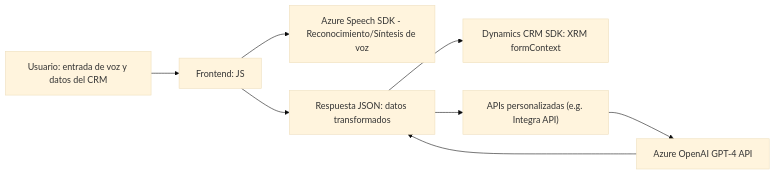
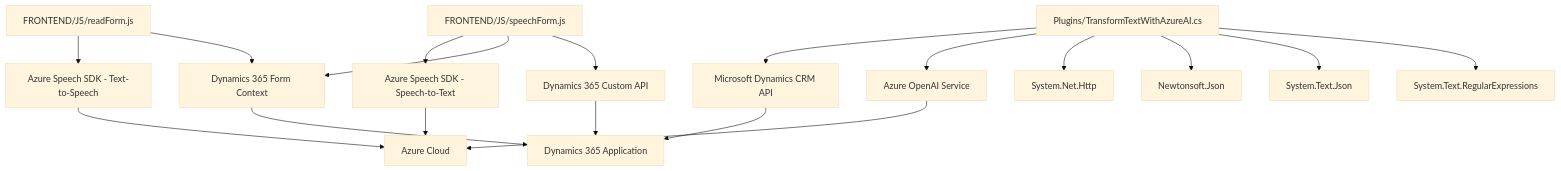
One commit to blopezdm/NETCORE_BILBAO2025 changed the diagram in README.md. Above: the diagram before and after it, drawn with Mermaid (base theme). The commit also changed other lines of this file, not shown here.

````diff
--- a/README.md
+++ b/README.md
@@ -40,10 +59,23 @@
 ```mermaid
-graph LR
-    A["Usuario: entrada de voz y datos del CRM"] --> B["Frontend: JS"]
-    B --> C["Azure Speech SDK - Reconocimiento/Síntesis de voz"]
-    B --> D["Dynamics CRM formulario"]
-    D --> E["Dynamics CRM SDK: XRM formContext"]
-    D --> F["APIs personalizadas (e.g. Integra API)"]
-    F --> G["Azure OpenAI GPT-4 API"]
-    G --> D["Respuesta JSON: datos transformados"]
+graph TD
+    A["FRONTEND/JS/readForm.js"] --> B["Azure Speech SDK - Text-to-Speech"]
+    A --> C["Dynamics 365 Form Context"]
+
+    D["FRONTEND/JS/speechForm.js"] --> E["Azure Speech SDK - Speech-to-Text"]
+    D --> C
+    D --> F["Dynamics 365 Custom API"]
+
+    G["Plugins/TransformTextWithAzureAI.cs"] --> H["Microsoft Dynamics CRM API"]
+    G --> I["Azure OpenAI Service"]
+    G --> J["System.Net.Http"]
+    G --> K["Newtonsoft.Json"]
+    G --> L["System.Text.Json"]
+    G --> M["System.Text.RegularExpressions"]
+
+    C --> Dynamics["Dynamics 365 Application"]
+    H --> Dynamics
+    F --> Dynamics
+    I --> ExternalServices["Azure Cloud"]
+    B --> ExternalServices
+    E --> ExternalServices
 ```
````
